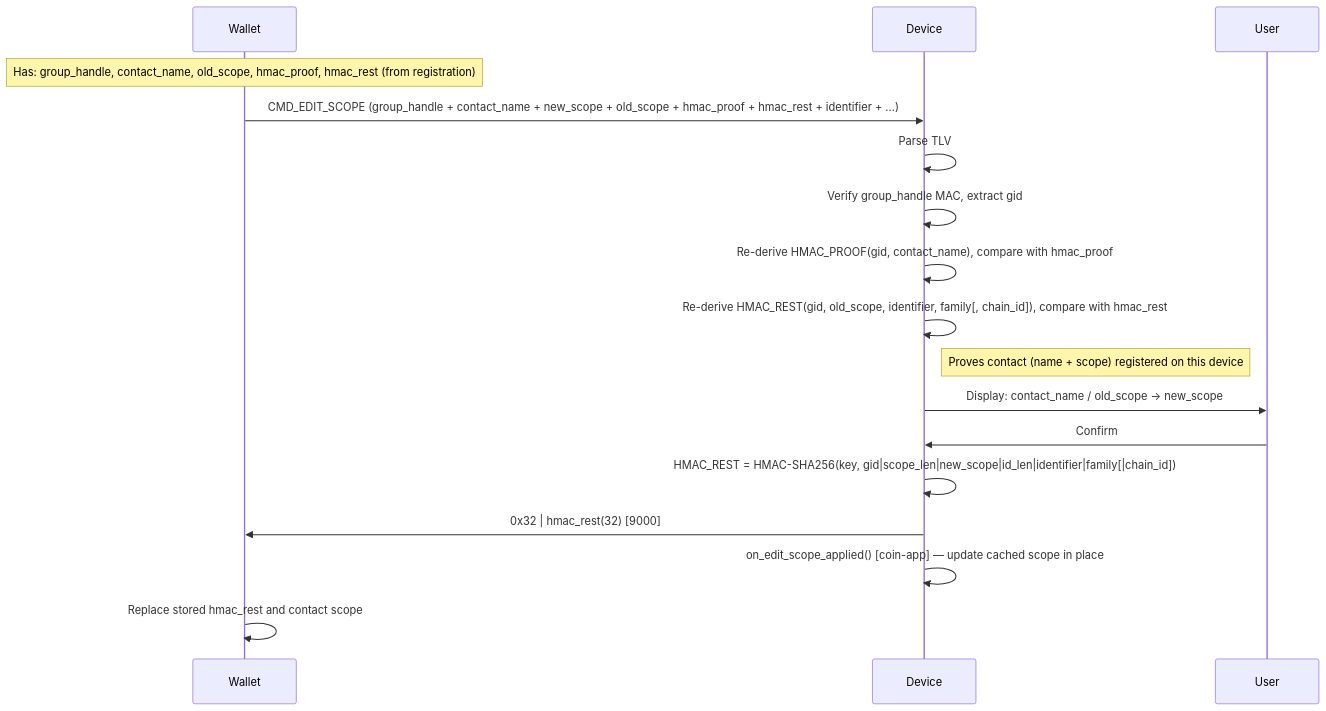
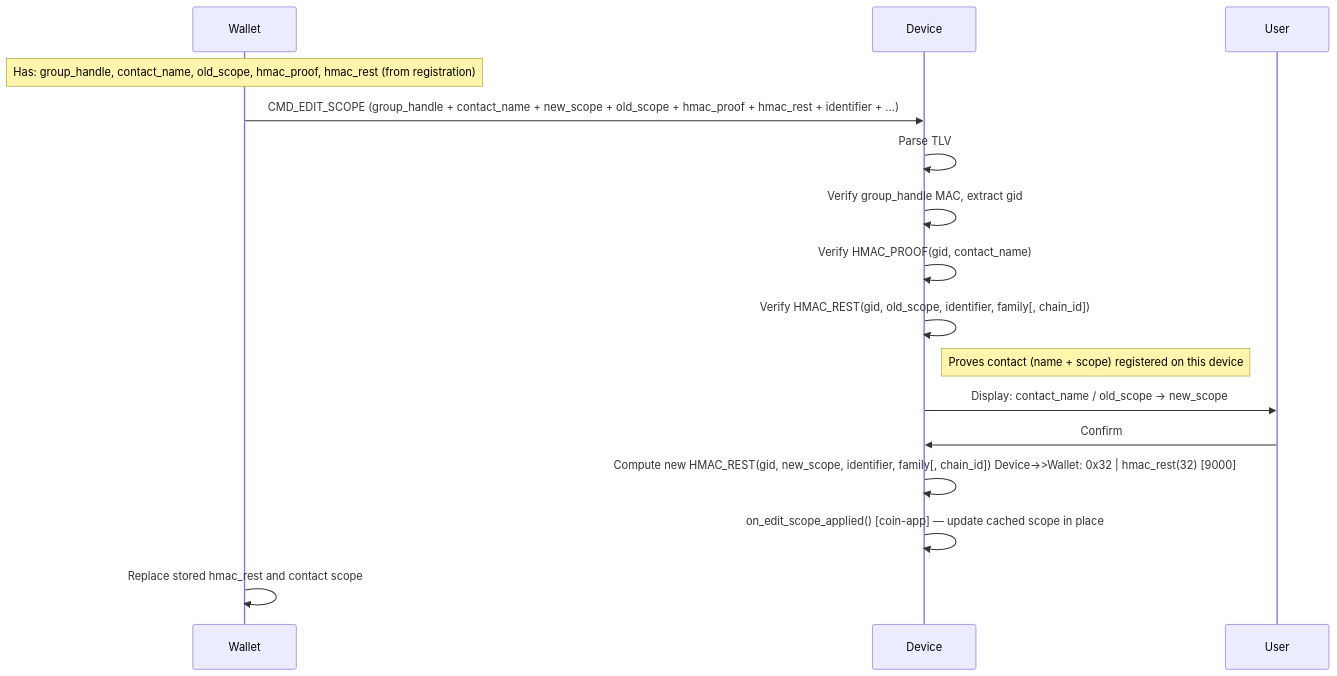
The sixth of 10 diagrams in app_features/address_book/doc/address_book_spec.md (LedgerHQ/ledger-secure-sdk), drawn with Mermaid before and after one commit. The commit also changed other lines of this file and 1 other file, not shown here.

````diff
--- a/app_features/address_book/doc/address_book_spec.md
+++ b/app_features/address_book/doc/address_book_spec.md
@@ -480,17 +479,16 @@
 ```mermaid
 sequenceDiagram
 
     Note over Wallet: Has: group_handle, contact_name, old_scope, hmac_proof, hmac_rest (from registration)
     Wallet->>Device: CMD_EDIT_SCOPE (group_handle + contact_name + new_scope + old_scope + hmac_proof + hmac_rest + identifier + ...)
     Device->>Device: Parse TLV
     Device->>Device: Verify group_handle MAC, extract gid
-    Device->>Device: Re-derive HMAC_PROOF(gid, contact_name), compare with hmac_proof
-    Device->>Device: Re-derive HMAC_REST(gid, old_scope, identifier, family[, chain_id]), compare with hmac_rest
+    Device->>Device: Verify HMAC_PROOF(gid, contact_name)
+    Device->>Device: Verify HMAC_REST(gid, old_scope, identifier, family[, chain_id])
     Note right of Device: Proves contact (name + scope) registered on this device
     Device->>User: Display: contact_name / old_scope → new_scope
     User->>Device: Confirm
-    Device->>Device: HMAC_REST = HMAC-SHA256(key, gid|scope_len|new_scope|id_len|identifier|family[|chain_id])
-    Device->>Wallet: 0x32 | hmac_rest(32)  [9000]
+    Device->>Device: Compute new HMAC_REST(gid, new_scope, identifier, family[, chain_id])    Device->>Wallet: 0x32 | hmac_rest(32)  [9000]
     Device->>Device: on_edit_scope_applied() [coin-app] — update cached scope in place
     Wallet->>Wallet: Replace stored hmac_rest and contact scope
 ```
````
